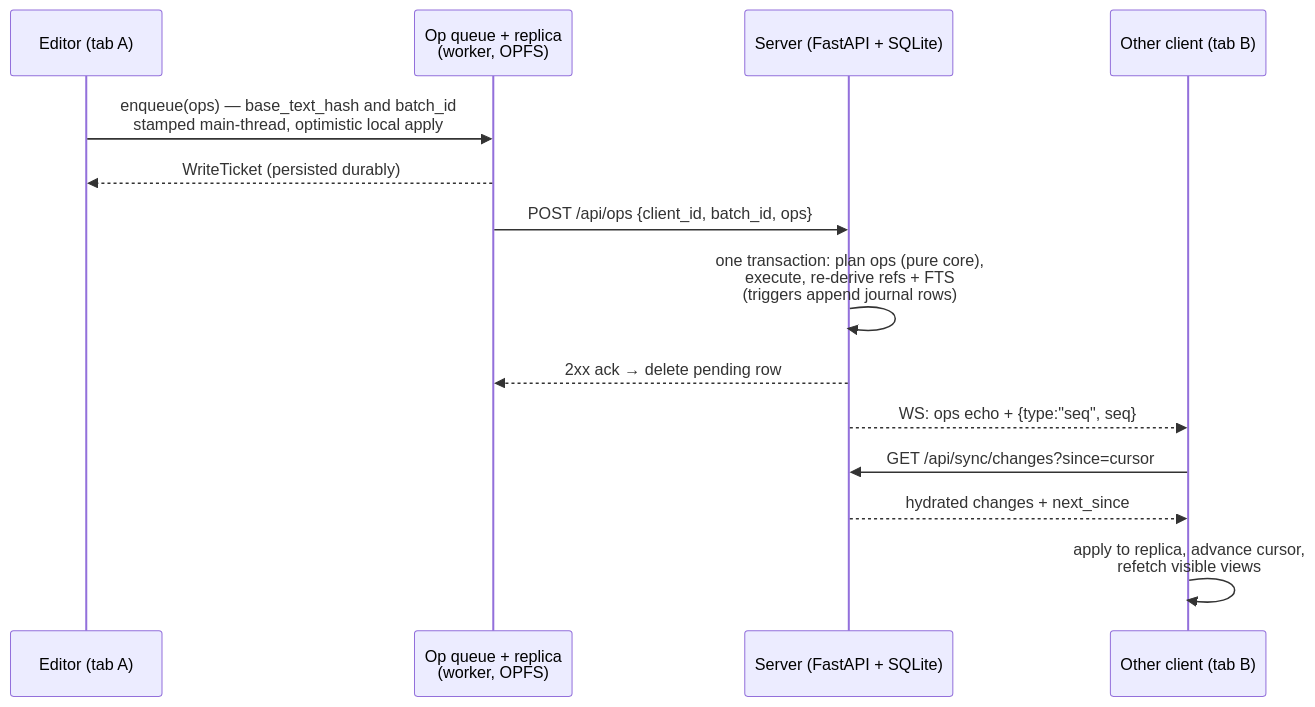
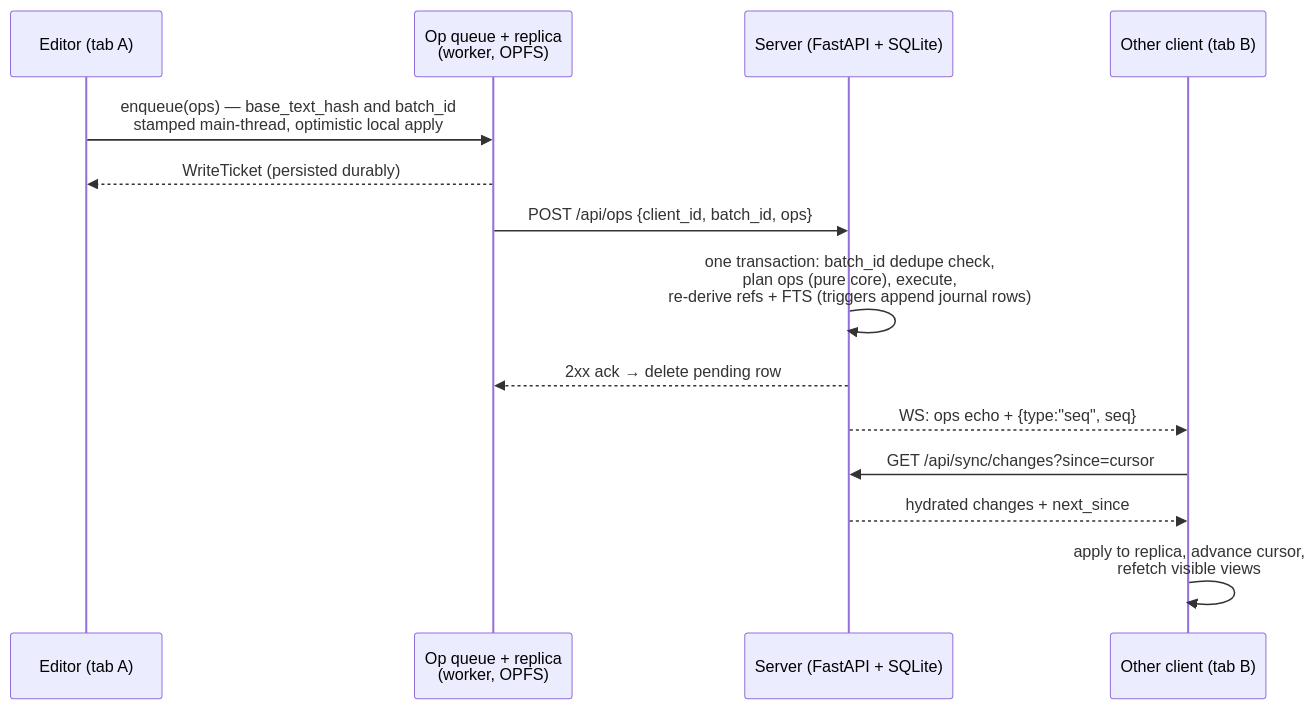
The first of 3 diagrams in docs/architecture/sync-and-offline.md (ArthurClune/pkm-system), drawn with Mermaid before and after one commit. The commit also changed 2 other files, not shown here.

Commit message:
docs(pkm-gwwu): the ops route's one transaction now covers the dedupe check too

````diff
--- a/docs/architecture/sync-and-offline.md
+++ b/docs/architecture/sync-and-offline.md
@@ -42,17 +42,17 @@
 ```mermaid
 sequenceDiagram
     participant U as Editor (tab A)
     participant Q as Op queue + replica<br/>(worker, OPFS)
     participant S as Server (FastAPI + SQLite)
     participant B as Other client (tab B)
 
     U->>Q: enqueue(ops) — base_text_hash and batch_id<br/>stamped main-thread, optimistic local apply
     Q-->>U: WriteTicket (persisted durably)
     Q->>S: POST /api/ops {client_id, batch_id, ops}
-    S->>S: one transaction: plan ops (pure core),<br/>execute, re-derive refs + FTS<br/>(triggers append journal rows)
+    S->>S: one transaction: batch_id dedupe check,<br/>plan ops (pure core), execute,<br/>re-derive refs + FTS (triggers append journal rows)
     S-->>Q: 2xx ack → delete pending row
     S-->>B: WS: ops echo + {type:"seq", seq}
     B->>S: GET /api/sync/changes?since=cursor
     S-->>B: hydrated changes + next_since
     B->>B: apply to replica, advance cursor,<br/>refetch visible views
 ```
````
